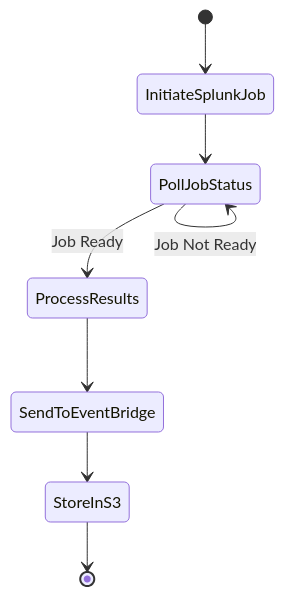
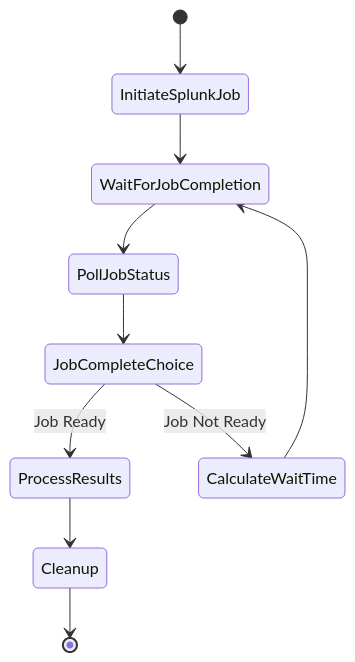
One commit to usadisney/ideas changed the second of 6 diagrams in README.md. Above: the diagram before and after it, drawn with Mermaid. The commit also changed other lines of this file, not shown here.

````diff
--- a/README.md
+++ b/README.md
@@ -218,10 +225,12 @@
 ```mermaid
 stateDiagram
     [*] --> InitiateSplunkJob
-    InitiateSplunkJob --> PollJobStatus
-    PollJobStatus --> PollJobStatus: Job Not Ready
-    PollJobStatus --> ProcessResults: Job Ready
-    ProcessResults --> SendToEventBridge
-    SendToEventBridge --> StoreInS3
-    StoreInS3 --> [*]
+    InitiateSplunkJob --> WaitForJobCompletion
+    WaitForJobCompletion --> PollJobStatus
+    PollJobStatus --> JobCompleteChoice
+    JobCompleteChoice --> ProcessResults: Job Ready
+    JobCompleteChoice --> CalculateWaitTime: Job Not Ready
+    CalculateWaitTime --> WaitForJobCompletion
+    ProcessResults --> Cleanup
+    Cleanup --> [*]
 ```
````
